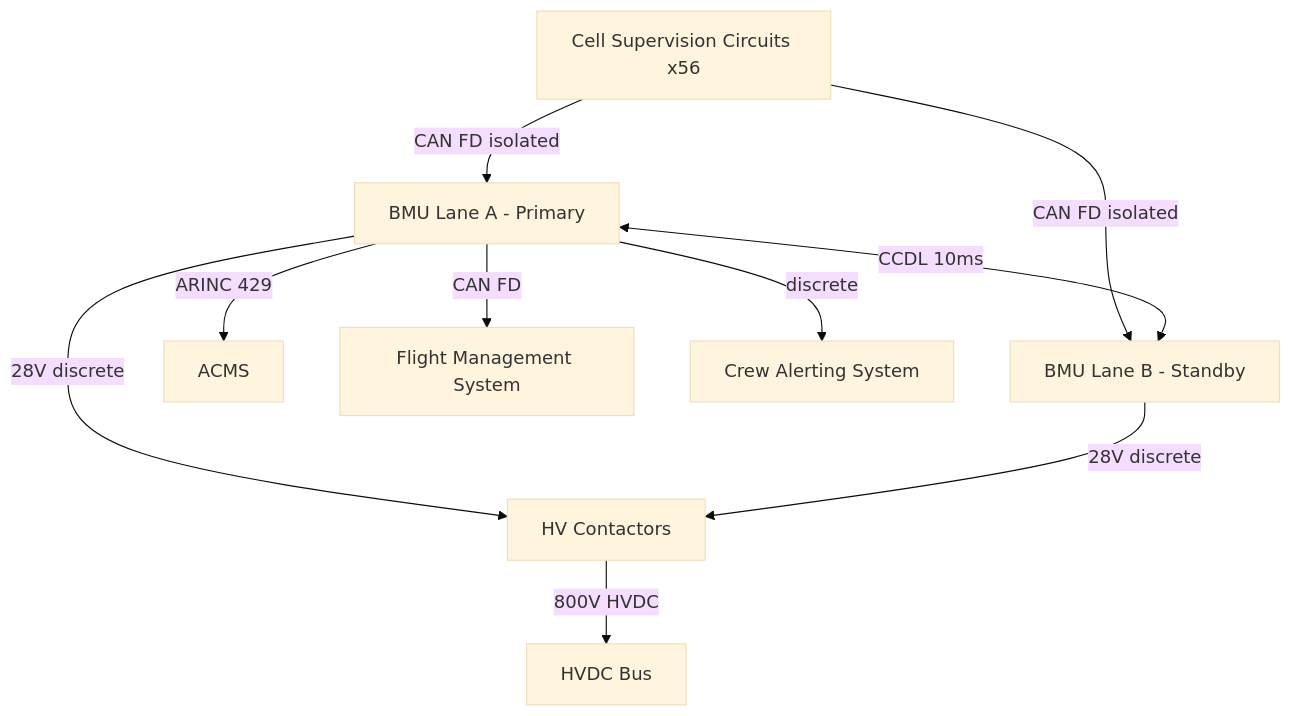
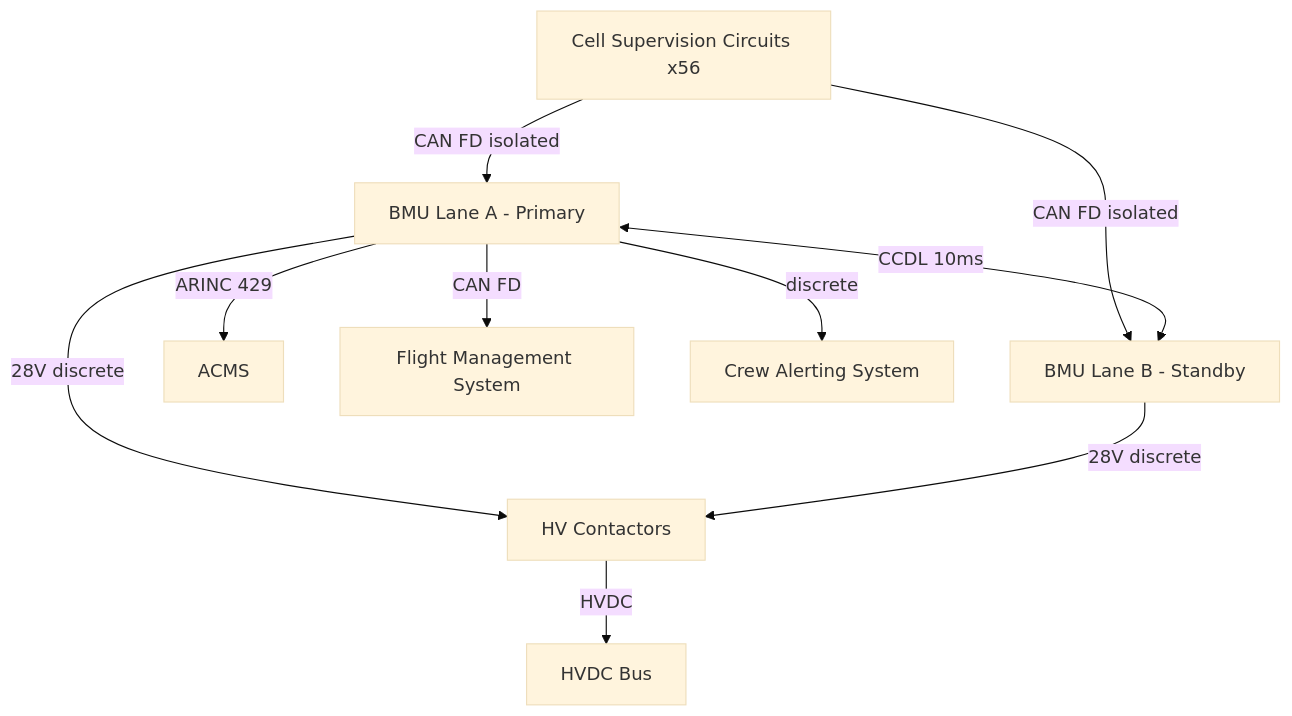
Before and after one commit to AmedeoPelliccia/Qplus-For-All-Queer-People-and-Quantum: the first of 2 diagrams in Q+ATLANTIDE/000-099_ATLAS/070-079_Propulsion-Eco-Tech-e-Hibrido-Electrica/072_Battery-Energy-Storage/072-030-Battery-Management-System-BMS.md, drawn with Mermaid (base theme). The commit also changed other lines of this file and 676 other files, not shown here.

````diff
--- a/Q+ATLANTIDE/000-099_ATLAS/070-079_Propulsion-Eco-Tech-e-Hibrido-Electrica/072_Battery-Energy-Storage/072-030-Battery-Management-System-BMS.md
+++ b/Q+ATLANTIDE/000-099_ATLAS/070-079_Propulsion-Eco-Tech-e-Hibrido-Electrica/072_Battery-Energy-Storage/072-030-Battery-Management-System-BMS.md
@@ -61,12 +71,12 @@
 ```mermaid
 graph TD
     CSC[Cell Supervision Circuits x56] -->|CAN FD isolated| BMU_A[BMU Lane A - Primary]
     CSC -->|CAN FD isolated| BMU_B[BMU Lane B - Standby]
     BMU_A <-->|CCDL 10ms| BMU_B
     BMU_A -->|28V discrete| CONTACTOR[HV Contactors]
     BMU_B -->|28V discrete| CONTACTOR
-    CONTACTOR -->|800V HVDC| HVBUS[HVDC Bus]
+    CONTACTOR -->|<NOMINAL-VOLTAGE> HVDC| HVBUS[HVDC Bus]
     BMU_A -->|ARINC 429| ACMS[ACMS]
     BMU_A -->|CAN FD| FMS[Flight Management System]
     BMU_A -->|discrete| CAS[Crew Alerting System]
 ```
````
